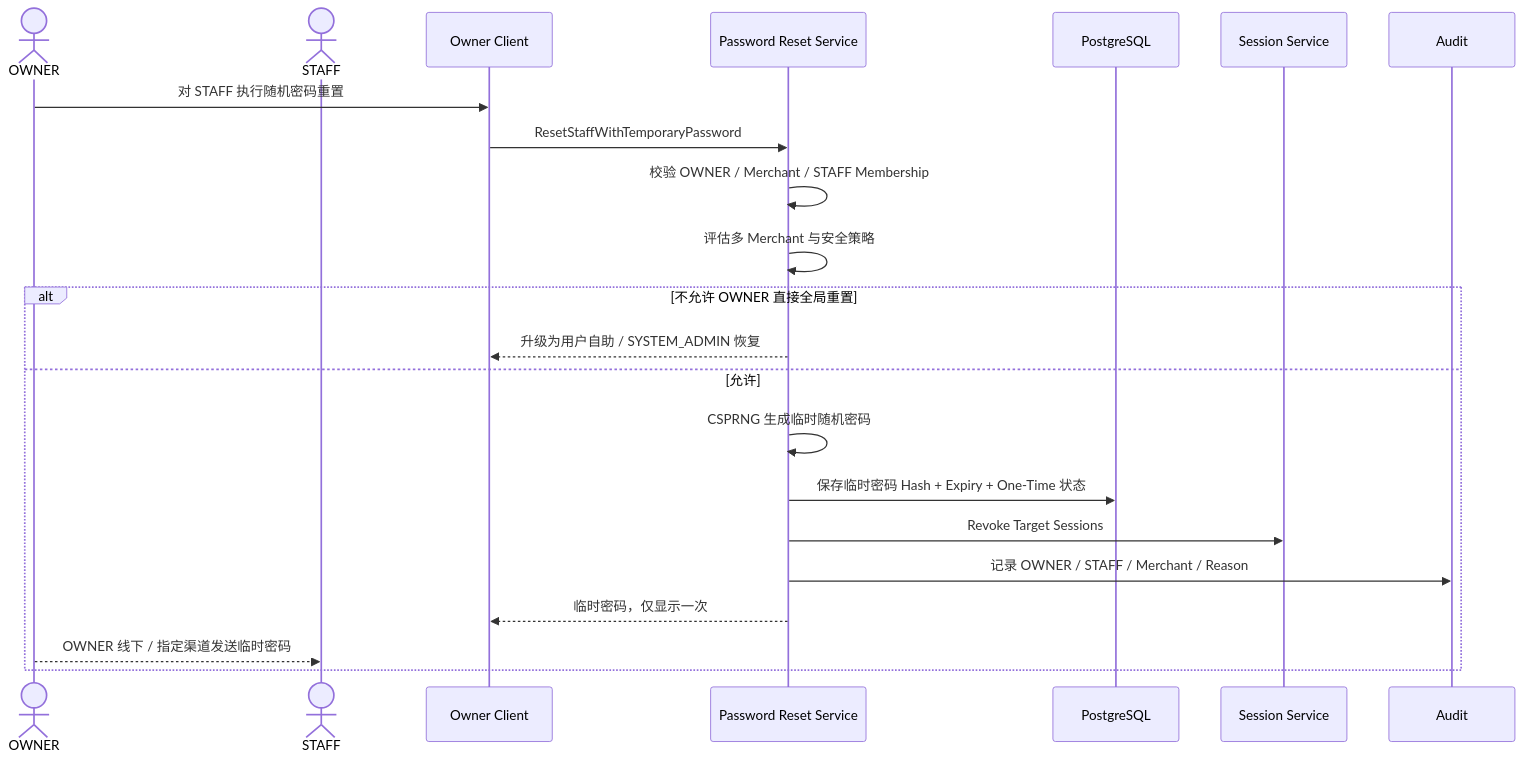
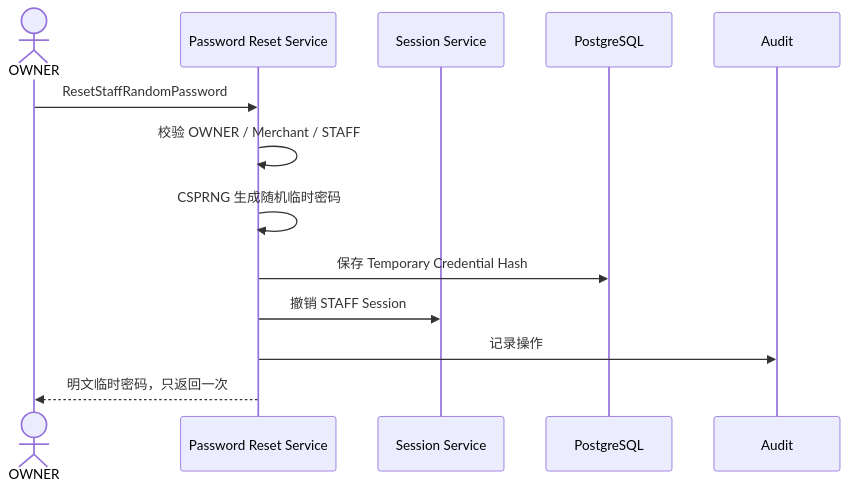
Before and after one commit to sxyq/mastergoods: the third of 4 diagrams in docs/system-design/01-账户与身份/04-密码与账号恢复.md, drawn with Mermaid. The commit also changed other lines of this file and 7 other files, not shown here.

Commit message:
docs(identity): refine password reset and staff account boundaries

````diff
--- a/docs/system-design/01-账户与身份/04-密码与账号恢复.md
+++ b/docs/system-design/01-账户与身份/04-密码与账号恢复.md
@@ -65,26 +105,16 @@
 ```mermaid
 sequenceDiagram
     actor O as OWNER
-    actor S as STAFF
-    participant WEB as Owner Client
     participant RESET as Password Reset Service
+    participant SESSION as Session Service
     participant DB as PostgreSQL
-    participant SESSION as Session Service
     participant AUDIT as Audit
 
-    O->>WEB: 对 STAFF 执行随机密码重置
-    WEB->>RESET: ResetStaffWithTemporaryPassword
-    RESET->>RESET: 校验 OWNER / Merchant / STAFF Membership
-    RESET->>RESET: 评估多 Merchant 与安全策略
-
-    alt 不允许 OWNER 直接全局重置
-        RESET-->>WEB: 升级为用户自助 / SYSTEM_ADMIN 恢复
-    else 允许
-        RESET->>RESET: CSPRNG 生成临时随机密码
-        RESET->>DB: 保存临时密码 Hash + Expiry + One-Time 状态
-        RESET->>SESSION: Revoke Target Sessions
-        RESET->>AUDIT: 记录 OWNER / STAFF / Merchant / Reason
-        RESET-->>WEB: 临时密码，仅显示一次
-        O-->>S: OWNER 线下 / 指定渠道发送临时密码
-    end
+    O->>RESET: ResetStaffRandomPassword
+    RESET->>RESET: 校验 OWNER / Merchant / STAFF
+    RESET->>RESET: CSPRNG 生成随机临时密码
+    RESET->>DB: 保存 Temporary Credential Hash
+    RESET->>SESSION: 撤销 STAFF Session
+    RESET->>AUDIT: 记录操作
+    RESET-->>O: 明文临时密码，只返回一次
 ```
````
